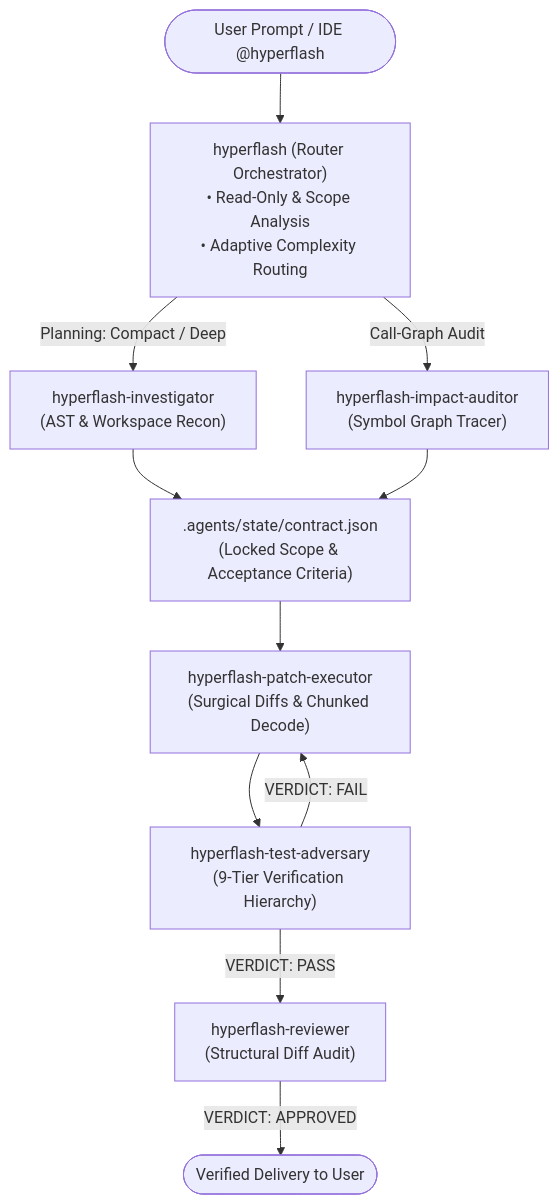
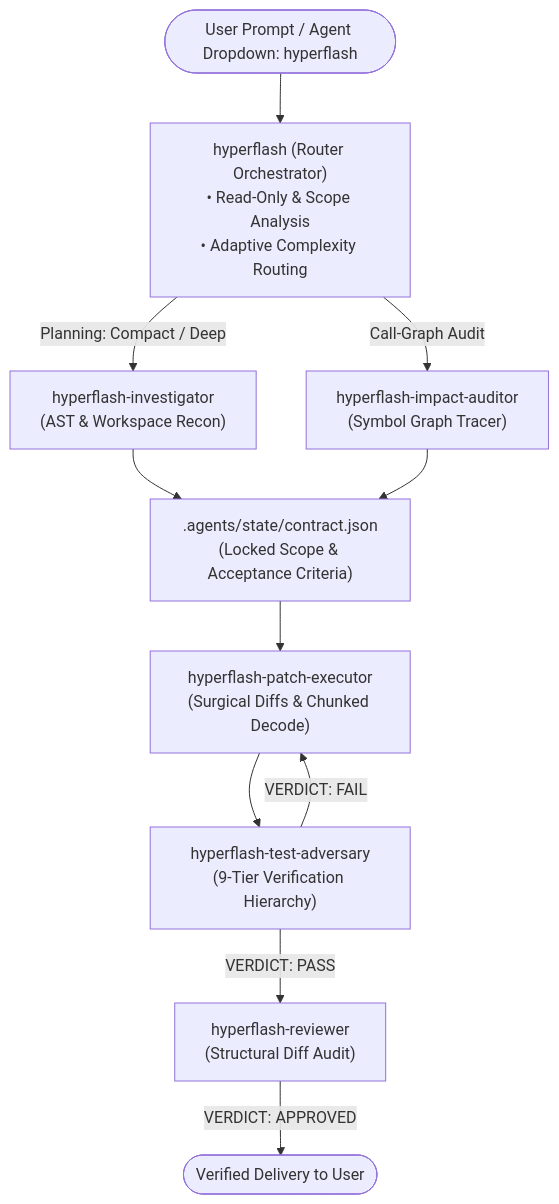
The diagram in README.md (Virat-Ghatge/hyperflash), drawn with Mermaid before and after one commit. The commit also changed other lines of this file and 3 other files, not shown here.

````diff
--- a/README.md
+++ b/README.md
@@ -309,18 +310,18 @@
 ```mermaid
 flowchart TD
-    User([User Prompt / IDE @hyperflash]) --> Router["hyperflash (Router Orchestrator)<br/>• Read-Only & Scope Analysis<br/>• Adaptive Complexity Routing"]
+    User([User Prompt / Agent Dropdown: hyperflash]) --> Router["hyperflash (Router Orchestrator)<br/>• Read-Only & Scope Analysis<br/>• Adaptive Complexity Routing"]
     
     Router -->|Planning: Compact / Deep| Recon["hyperflash-investigator<br/>(AST & Workspace Recon)"]
     Router -->|Call-Graph Audit| Audit["hyperflash-impact-auditor<br/>(Symbol Graph Tracer)"]
     
     Recon --> Contract[".agents/state/contract.json<br/>(Locked Scope & Acceptance Criteria)"]
     Audit --> Contract
     
     Contract --> Executor["hyperflash-patch-executor<br/>(Surgical Diffs & Chunked Decode)"]
     
     Executor --> Adversary["hyperflash-test-adversary<br/>(9-Tier Verification Hierarchy)"]
     
     Adversary -->|VERDICT: PASS| Reviewer["hyperflash-reviewer<br/>(Structural Diff Audit)"]
     Reviewer -->|VERDICT: APPROVED| Complete([Verified Delivery to User])
     Adversary -->|VERDICT: FAIL| Executor
 ```
````
